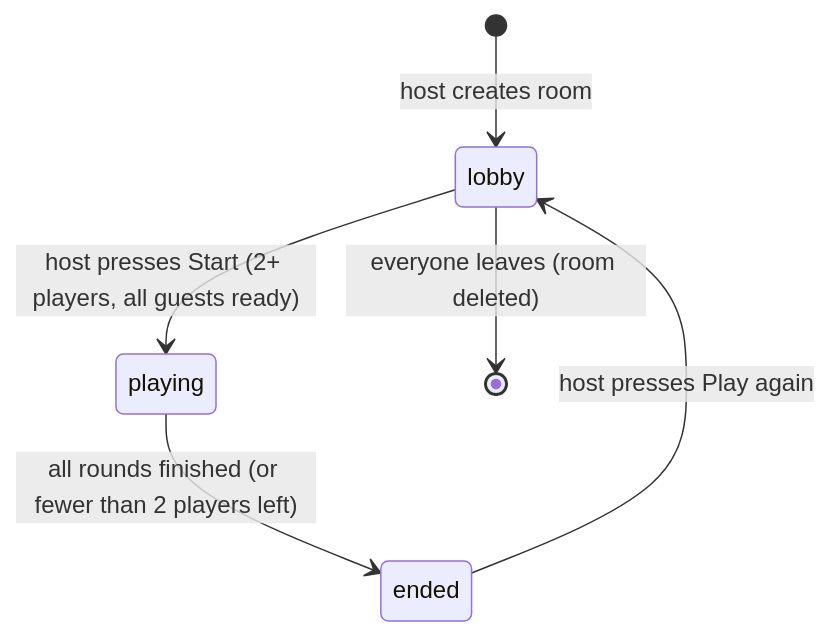
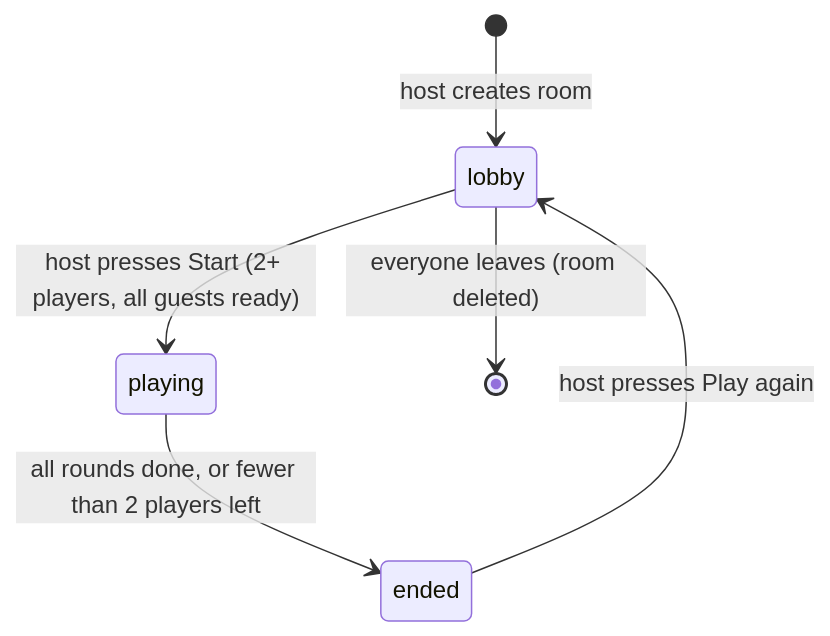
The third of 8 diagrams in README.md (ritik-2407/Skribbl), drawn with Mermaid before and after one commit. The commit also changed other lines of this file and 17 other files, not shown here.

````diff
--- a/README.md
+++ b/README.md
@@ -244,8 +154,8 @@
 ```mermaid
 stateDiagram-v2
     [*] --> lobby: host creates room
     lobby --> playing: host presses Start (2+ players, all guests ready)
-    playing --> ended: all rounds finished (or fewer than 2 players left)
+    playing --> ended: all rounds done, or fewer than 2 players left
     ended --> lobby: host presses Play again
     lobby --> [*]: everyone leaves (room deleted)
 ```
````
